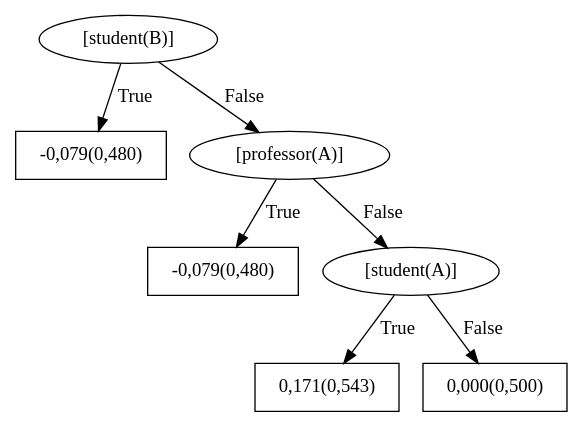
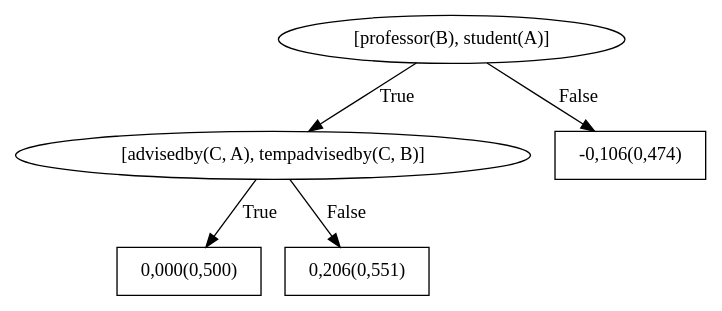
One commit to MeLLL-UFF/groot changed the diagram in boostsrl/train/models/bRDNs/dotFiles/WILLTreeFor_advisedby6.dot. Above: the diagram before and after it, drawn with Graphviz. The commit also changed 67 other files, not shown here.

```diff
--- a/boostsrl/train/models/bRDNs/dotFiles/WILLTreeFor_advisedby6.dot
+++ b/boostsrl/train/models/bRDNs/dotFiles/WILLTreeFor_advisedby6.dot
@@ -1,15 +1,11 @@
 digraph G{ 
-1[label = "[student(B)]"];
+1[label = "[professor(B), student(A)]"];
 1 -> 2[label="True"];
 1 -> 3[label="False"];
-2[shape = box,label = "-0,079(0,480)"];
-3[label = "[professor(A)]"];
-3 -> 4[label="True"];
-3 -> 5[label="False"];
-4[shape = box,label = "-0,079(0,480)"];
-5[label = "[student(A)]"];
-5 -> 6[label="True"];
-5 -> 7[label="False"];
-6[shape = box,label = "0,171(0,543)"];
-7[shape = box,label = "0,000(0,500)"];
+2[label = "[advisedby(C, A), tempadvisedby(C, B)]"];
+2 -> 4[label="True"];
+2 -> 5[label="False"];
+4[shape = box,label = "0,000(0,500)"];
+5[shape = box,label = "0,206(0,551)"];
+3[shape = box,label = "-0,106(0,474)"];
 }
```
